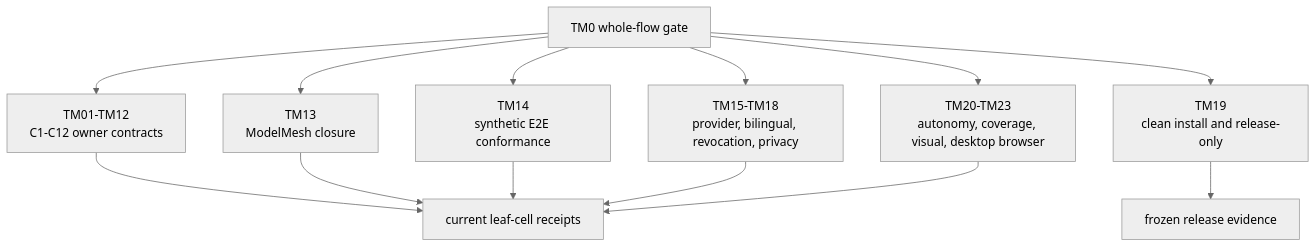
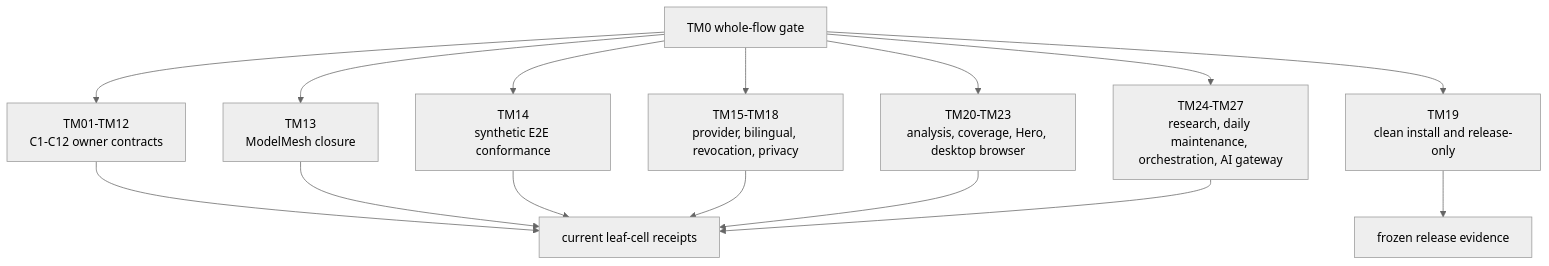
The diagram in docs/test-mesh.md (liuyingxuvka/Matters), drawn with Mermaid (neutral theme) before and after one commit. The commit also changed other lines of this file and 306 other files, not shown here.

````diff
--- a/docs/test-mesh.md
+++ b/docs/test-mesh.md
@@ -7,16 +7,18 @@
 ```mermaid
 flowchart TD
     TM0["TM0 whole-flow gate"]
     TM0 --> A["TM01-TM12<br/>C1-C12 owner contracts"]
     TM0 --> M["TM13<br/>ModelMesh closure"]
     TM0 --> E["TM14<br/>synthetic E2E conformance"]
     TM0 --> P["TM15-TM18<br/>provider, bilingual, revocation, privacy"]
     TM0 --> R["TM19<br/>clean install and release-only"]
-    TM0 --> V["TM20-TM23<br/>autonomy, coverage, visual, desktop browser"]
+    TM0 --> V["TM20-TM23<br/>analysis, coverage, Hero, desktop browser"]
+    TM0 --> O["TM24-TM27<br/>research, daily maintenance, orchestration, AI gateway"]
     A --> X["current leaf-cell receipts"]
     M --> X
     E --> X
     P --> X
     V --> X
+    O --> X
     R --> Y["frozen release evidence"]
 ```
````
